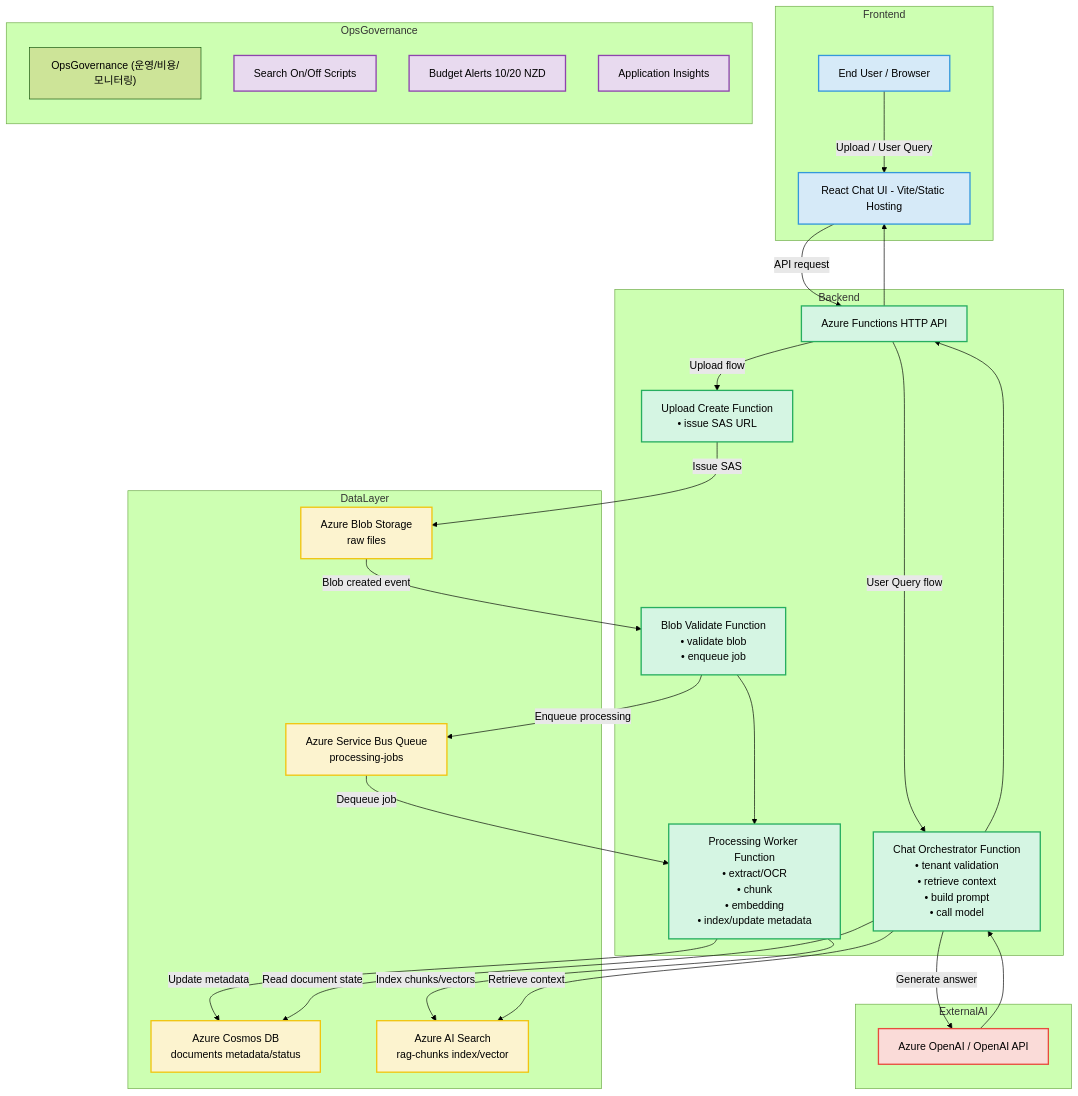
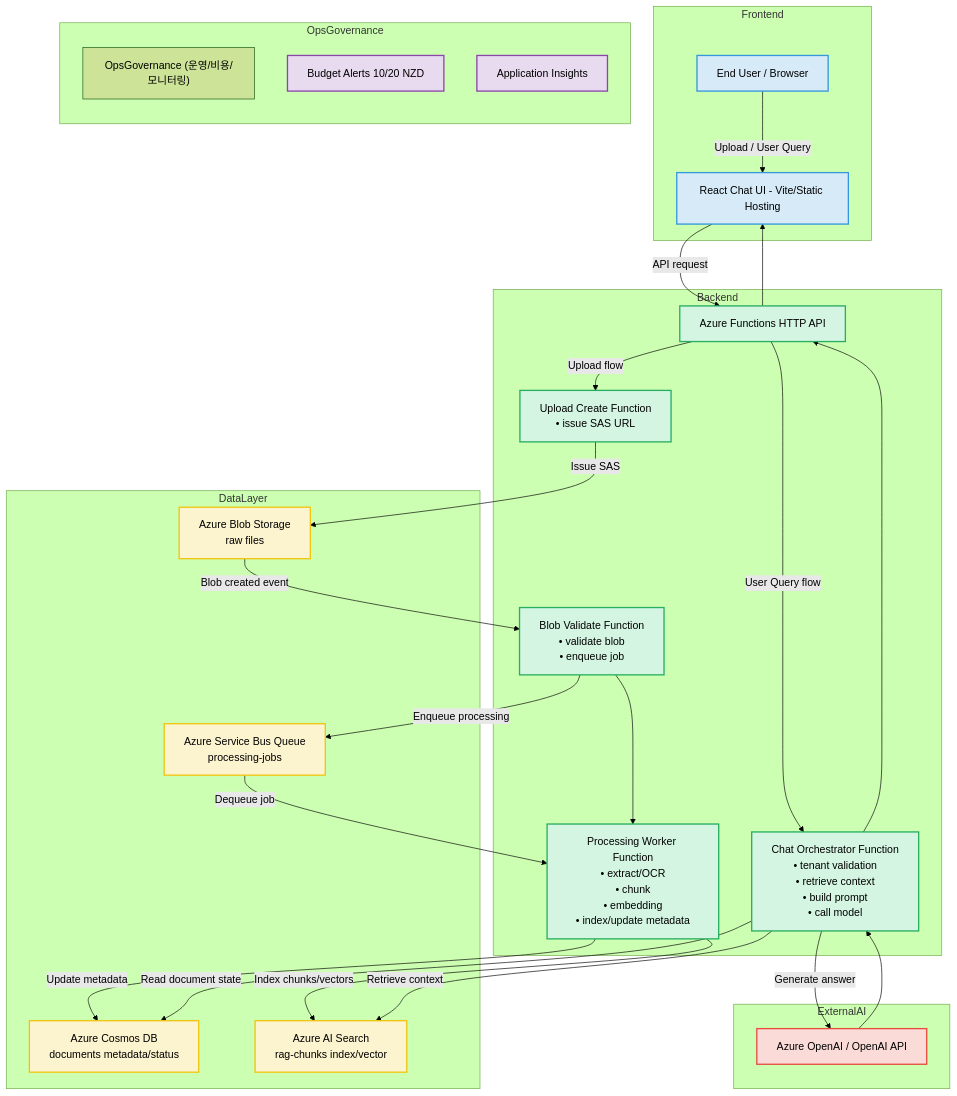
Before and after one commit to kimgyver/RAG-azure: the diagram in docs/chatbot-feature-architecture.md, drawn with Mermaid (forest theme). The commit also changed other lines of this file and 6 other files, not shown here.

```diff
--- a/docs/chatbot-feature-architecture.md
+++ b/docs/chatbot-feature-architecture.md
@@ -72,11 +72,10 @@
 subgraph OpsGovernance
       direction TB
       LabelOps["OpsGovernance (운영/비용/모니터링)"]
-      O[Search On/Off Scripts]
       N[Budget Alerts 10/20 NZD]
       M[Application Insights]
 end
-class M,N,O ops;
+class M,N ops;
 
   %% Main flows: Upload
   E -->|Issue SAS| H
```
